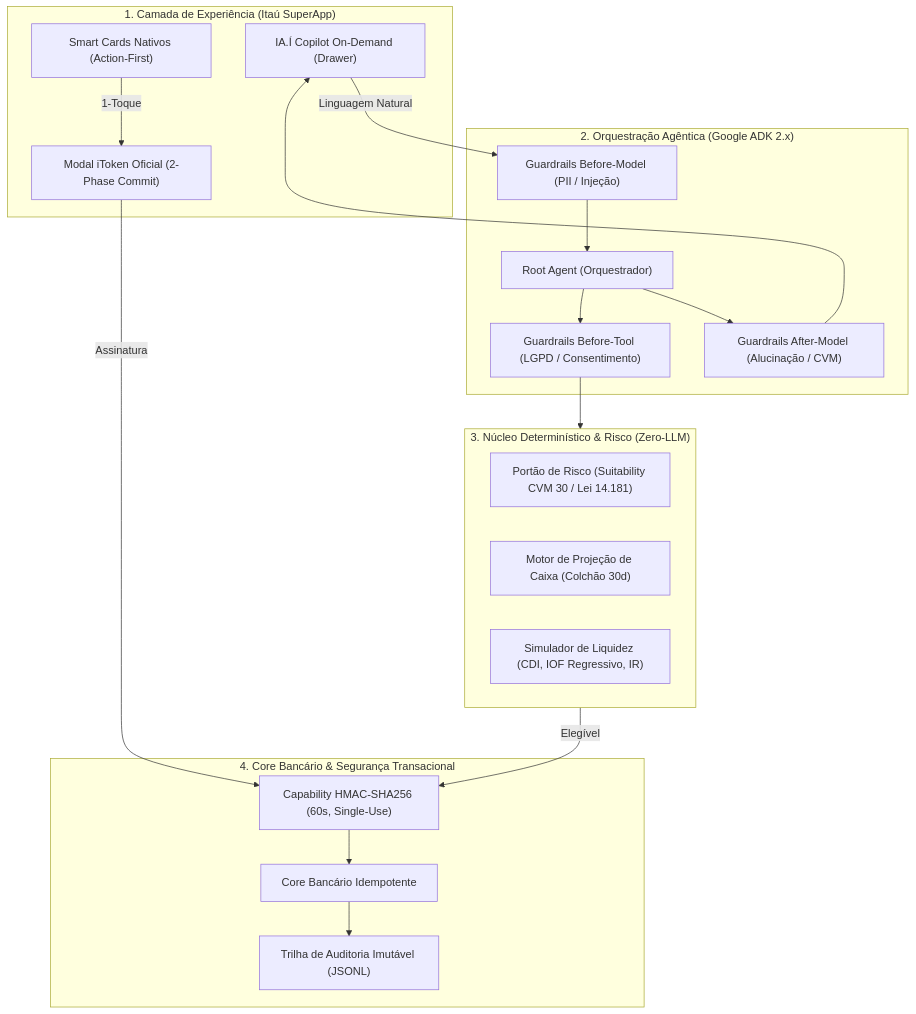
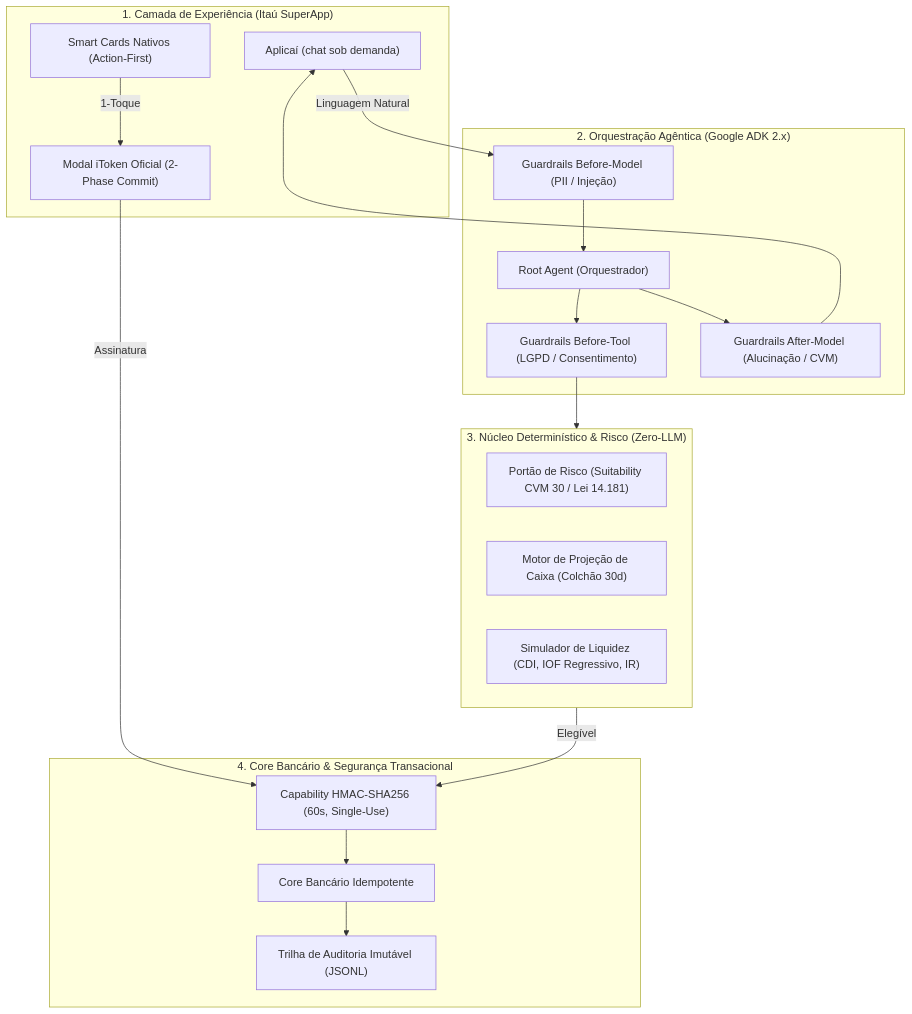
One commit to lucianoon/aplicai changed the diagram in README.md. Above: the diagram before and after it, drawn with Mermaid. The commit also changed other lines of this file and 23 other files, not shown here.

````diff
--- a/README.md
+++ b/README.md
@@ -36,39 +36,39 @@
 ```mermaid
 flowchart TD
     subgraph UI["1. Camada de Experiência (Itaú SuperApp)"]
         SC["Smart Cards Nativos (Action-First)"]
-        DR["IA.Í Copilot On-Demand (Drawer)"]
+        DR["Aplicaí (chat sob demanda)"]
         IT["Modal iToken Oficial (2-Phase Commit)"]
     end
 
     subgraph ADK["2. Orquestração Agêntica (Google ADK 2.x)"]
         ORQ["Root Agent (Orquestrador)"]
         GB["Guardrails Before-Model (PII / Injeção)"]
         GT["Guardrails Before-Tool (LGPD / Consentimento)"]
         GA["Guardrails After-Model (Alucinação / CVM)"]
     end
 
     subgraph DETERMINISTICO["3. Núcleo Determinístico & Risco (Zero-LLM)"]
         PR["Portão de Risco (Suitability CVM 30 / Lei 14.181)"]
         MP["Motor de Projeção de Caixa (Colchão 30d)"]
         SL["Simulador de Liquidez (CDI, IOF Regressivo, IR)"]
     end
 
     subgraph CORE["4. Core Bancário & Segurança Transacional"]
         CAP["Capability HMAC-SHA256 (60s, Single-Use)"]
         STORE["Core Bancário Idempotente"]
         AUDIT["Trilha de Auditoria Imutável (JSONL)"]
     end
 
     SC -->|1-Toque| IT
     DR -->|Linguagem Natural| GB
     GB --> ORQ
     ORQ --> GT
     GT --> DETERMINISTICO
     DETERMINISTICO -->|Elegível| CAP
     IT -->|Assinatura| CAP
     CAP --> STORE
     STORE --> AUDIT
     ORQ --> GA
     GA --> DR
 ```
````
